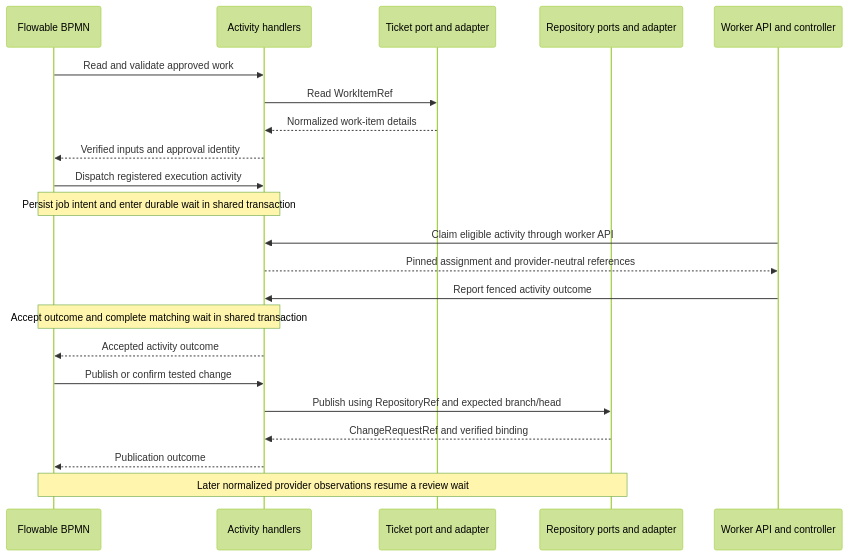
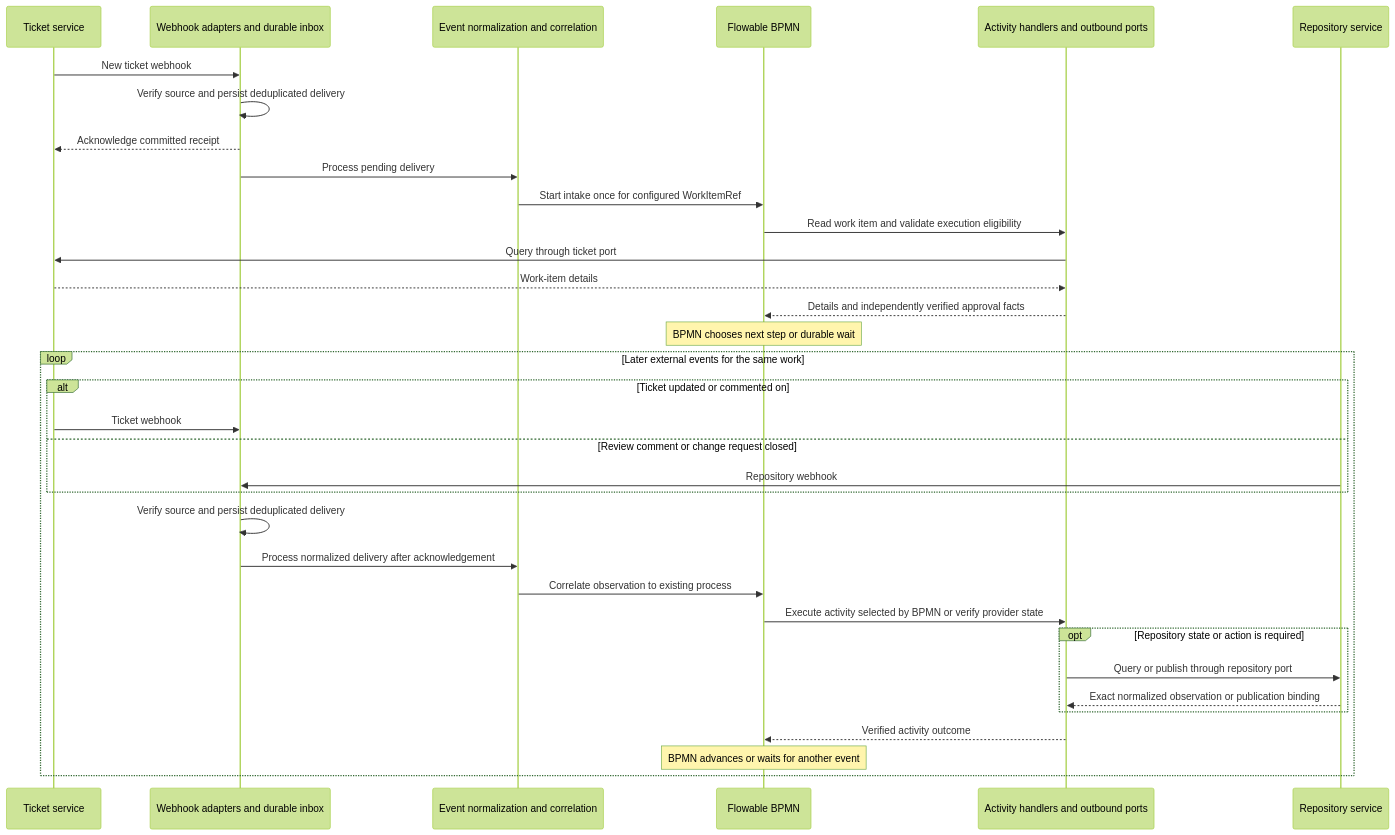
One commit to skizzay/forgeflow changed the diagram in docs/architecture/workflow-boundaries.md. Above: the diagram before and after it, drawn with Mermaid (forest theme). The commit also changed other lines of this file and 2 other files, not shown here.

Commit message:
Show provider events starting and resuming Flowable workflows (#77)

````diff
--- a/docs/architecture/workflow-boundaries.md
+++ b/docs/architecture/workflow-boundaries.md
@@ -54,24 +68,36 @@
 ```mermaid
 sequenceDiagram
+    participant T as Ticket service
+    participant I as Webhook adapters and durable inbox
+    participant E as Event normalization and correlation
     participant F as Flowable BPMN
-    participant A as Activity handlers
-    participant T as Ticket port and adapter
-    participant R as Repository ports and adapter
-    participant W as Worker API and controller
-    F->>A: Read and validate approved work
-    A->>T: Read WorkItemRef
-    T-->>A: Normalized work-item details
-    A-->>F: Verified inputs and approval identity
-    F->>A: Dispatch registered execution activity
-    Note over F,A: Persist job intent and enter durable wait in shared transaction
-    W->>A: Claim eligible activity through worker API
-    A-->>W: Pinned assignment and provider-neutral references
-    W->>A: Report fenced activity outcome
-    Note over F,A: Accept outcome and complete matching wait in shared transaction
-    A-->>F: Accepted activity outcome
-    F->>A: Publish or confirm tested change
-    A->>R: Publish using RepositoryRef and expected branch/head
-    R-->>A: ChangeRequestRef and verified binding
-    A-->>F: Publication outcome
-    Note over F,R: Later normalized provider observations resume a review wait
+    participant A as Activity handlers and outbound ports
+    participant R as Repository service
+    T->>I: New ticket webhook
+    I->>I: Verify source and persist deduplicated delivery
+    I-->>T: Acknowledge committed receipt
+    I->>E: Process pending delivery
+    E->>F: Start intake once for configured WorkItemRef
+    F->>A: Read work item and validate execution eligibility
+    A->>T: Query through ticket port
+    T-->>A: Work-item details
+    A-->>F: Details and independently verified approval facts
+    Note over F: BPMN chooses next step or durable wait
+    loop Later external events for the same work
+        alt Ticket updated or commented on
+            T->>I: Ticket webhook
+        else Review comment or change request closed
+            R->>I: Repository webhook
+        end
+        I->>I: Verify source and persist deduplicated delivery
+        I->>E: Process normalized delivery after acknowledgement
+        E->>F: Correlate observation to existing process
+        F->>A: Execute activity selected by BPMN or verify provider state
+        opt Repository state or action is required
+            A->>R: Query or publish through repository port
+            R-->>A: Exact normalized observation or publication binding
+        end
+        A-->>F: Verified activity outcome
+        Note over F: BPMN advances or waits for another event
+    end
 ```
````
